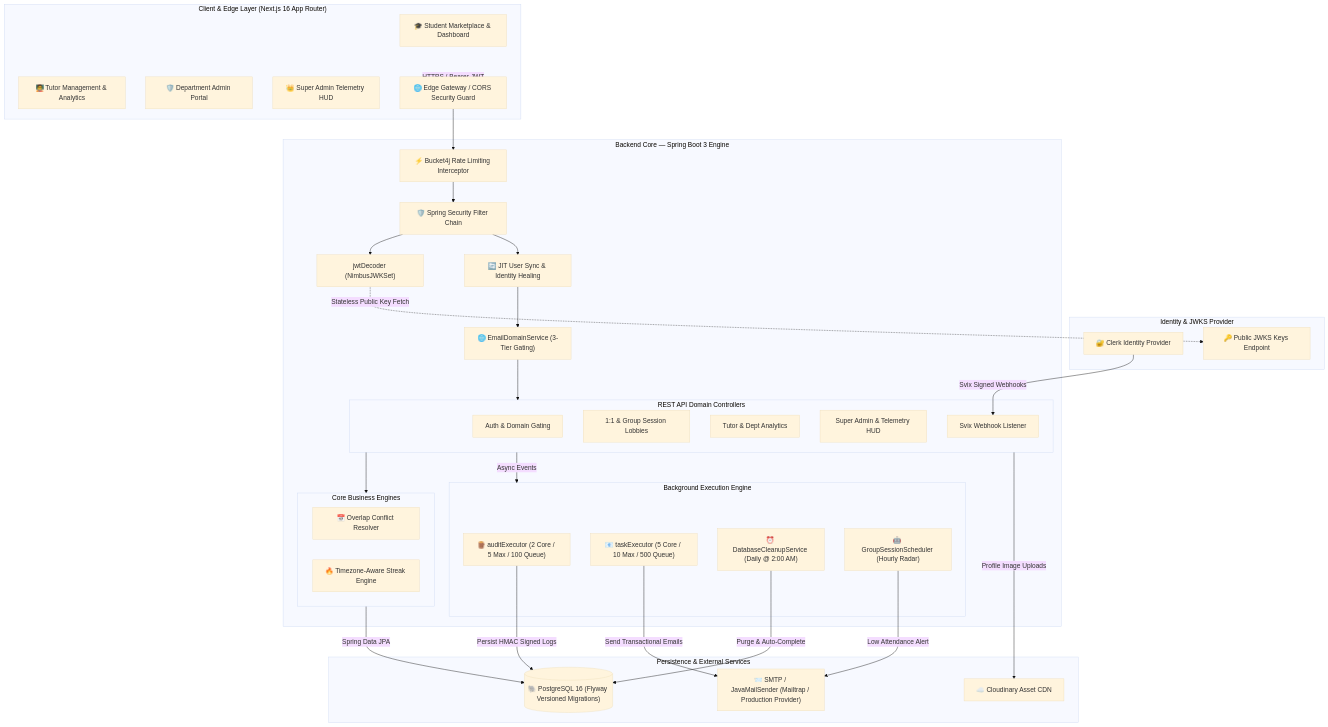
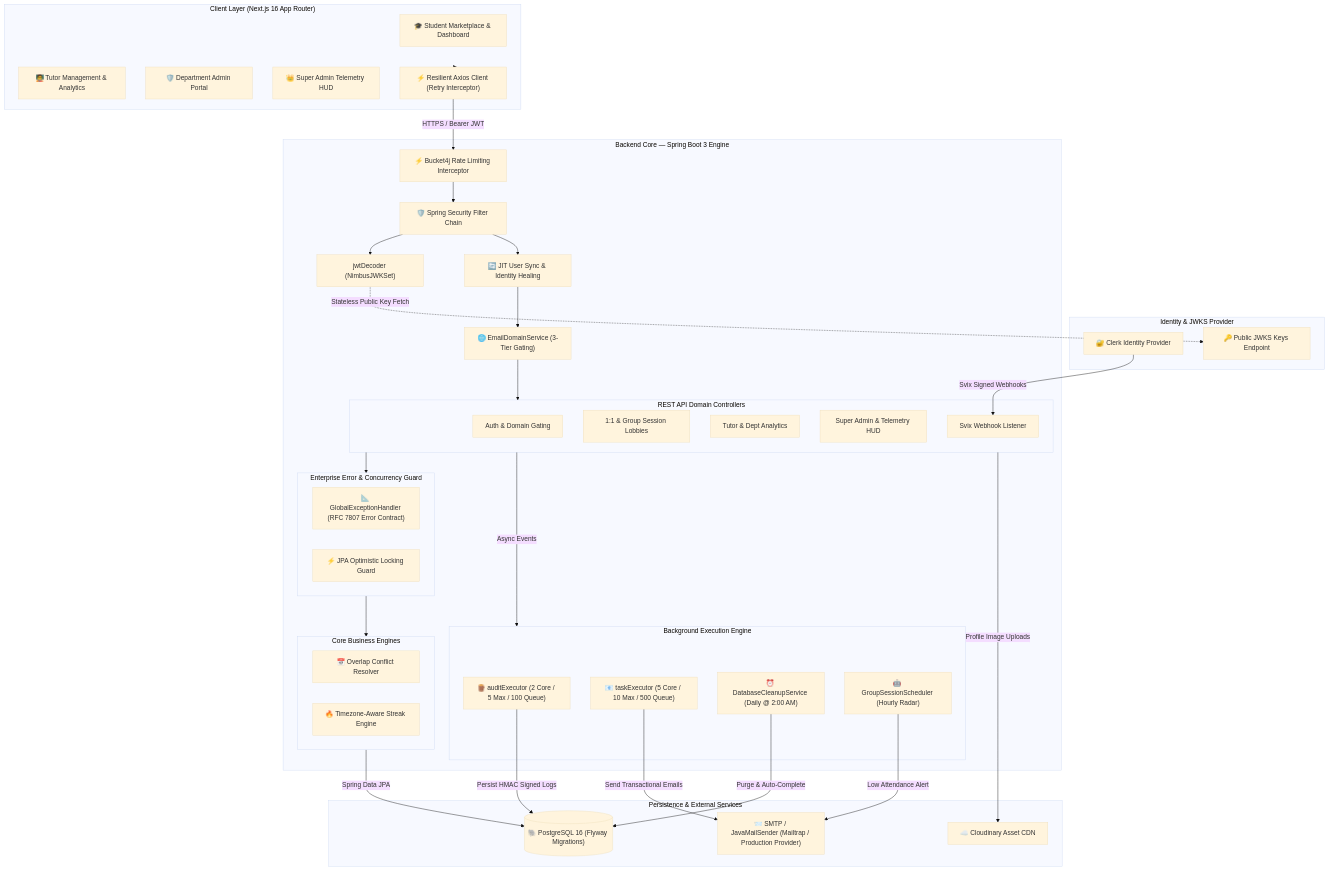
The first of 2 diagrams in README.md (daikendy/Eruscent-Architecture), drawn with Mermaid (base theme) before and after one commit. The commit also changed other lines of this file, not shown here.

First line of the commit message:
Enhance README with concurrency control details

````diff
--- a/README.md
+++ b/README.md
@@ -68,68 +71,74 @@
 ```mermaid
 flowchart TB
-    subgraph ClientLayer ["Client & Edge Layer (Next.js 16 App Router)"]
+    subgraph ClientLayer ["Client Layer (Next.js 16 App Router)"]
         UI_Student["🎓 Student Marketplace & Dashboard"]
         UI_Tutor["🧑‍🏫 Tutor Management & Analytics"]
         UI_Admin["🛡️ Department Admin Portal"]
         UI_Super["👑 Super Admin Telemetry HUD"]
-        Edge_CORS["🌐 Edge Gateway / CORS Security Guard"]
+        Axios_Client["⚡ Resilient Axios Client (Retry Interceptor)"]
     end
 
     subgraph AuthLayer ["Identity & JWKS Provider"]
         Clerk_IdP["🔐 Clerk Identity Provider"]
         JWKS_Uri["🔑 Public JWKS Keys Endpoint"]
     end
 
     subgraph BackendLayer ["Backend Core — Spring Boot 3 Engine"]
         Sec_Filter["🛡️ Spring Security Filter Chain"]
         Rate_Limiter["⚡ Bucket4j Rate Limiting Interceptor"]
         Jwt_Decoder["jwtDecoder (NimbusJWKSet)"]
         JIT_Engine["🔄 JIT User Sync & Identity Healing"]
         Domain_Guard["🌐 EmailDomainService (3-Tier Gating)"]
         
         subgraph Controllers ["REST API Domain Controllers"]
             Ctrl_Auth["Auth & Domain Gating"]
             Ctrl_Session["1:1 & Group Session Lobbies"]
             Ctrl_Analytics["Tutor & Dept Analytics"]
             Ctrl_Admin["Super Admin & Telemetry HUD"]
             Ctrl_Webhook["Svix Webhook Listener"]
         end
 
+        subgraph ExceptionLayer ["Enterprise Error & Concurrency Guard"]
+            Global_Handler["📐 GlobalExceptionHandler (RFC 7807 Error Contract)"]
+            Opt_Locking["⚡ JPA Optimistic Locking Guard"]
+        end
+
         subgraph Engines ["Core Business Engines"]
             Conflict_Engine["📅 Overlap Conflict Resolver"]
             Streak_Engine["🔥 Timezone-Aware Streak Engine"]
         end
 
         subgraph BackgroundWorkers ["Background Execution Engine"]
             Audit_Pool["🪵 auditExecutor (2 Core / 5 Max / 100 Queue)"]
             Task_Pool["📧 taskExecutor (5 Core / 10 Max / 500 Queue)"]
             Nightly_Cron["⏰ DatabaseCleanupService (Daily @ 2:00 AM)"]
             Ghost_Watchdog["🤖 GroupSessionScheduler (Hourly Radar)"]
         end
     end
 
     subgraph DataLayer ["Persistence & External Services"]
-        DB_Postgres[("🐘 PostgreSQL 16 (Flyway Versioned Migrations)")]
+        DB_Postgres[("🐘 PostgreSQL 16 (Flyway Migrations)")]
         Media_Cloudinary["☁️ Cloudinary Asset CDN"]
         Mail_Provider["📨 SMTP / JavaMailSender (Mailtrap / Production Provider)"]
     end
 
-    ClientLayer -->|HTTPS / Bearer JWT| Edge_CORS
-    Edge_CORS --> Rate_Limiter
+    ClientLayer --> Axios_Client
+    Axios_Client -->|HTTPS / Bearer JWT| Rate_Limiter
     Rate_Limiter --> Sec_Filter
     Sec_Filter --> Jwt_Decoder
     Jwt_Decoder -.->|Stateless Public Key Fetch| JWKS_Uri
     Sec_Filter --> JIT_Engine
     JIT_Engine --> Domain_Guard
     Domain_Guard --> Controllers
 
-    Controllers --> Engines
+    Controllers --> ExceptionLayer
+    ExceptionLayer --> Engines
     Engines -->|Spring Data JPA| DB_Postgres
     Controllers -->|Async Events| BackgroundWorkers
     Audit_Pool -->|Persist HMAC Signed Logs| DB_Postgres
     Task_Pool -->|Send Transactional Emails| Mail_Provider
     Nightly_Cron -->|Purge & Auto-Complete| DB_Postgres
     Ghost_Watchdog -->|Low Attendance Alert| Mail_Provider
     Controllers -->|Profile Image Uploads| Media_Cloudinary
     Clerk_IdP -->|Svix Signed Webhooks| Ctrl_Webhook
 ```
````
